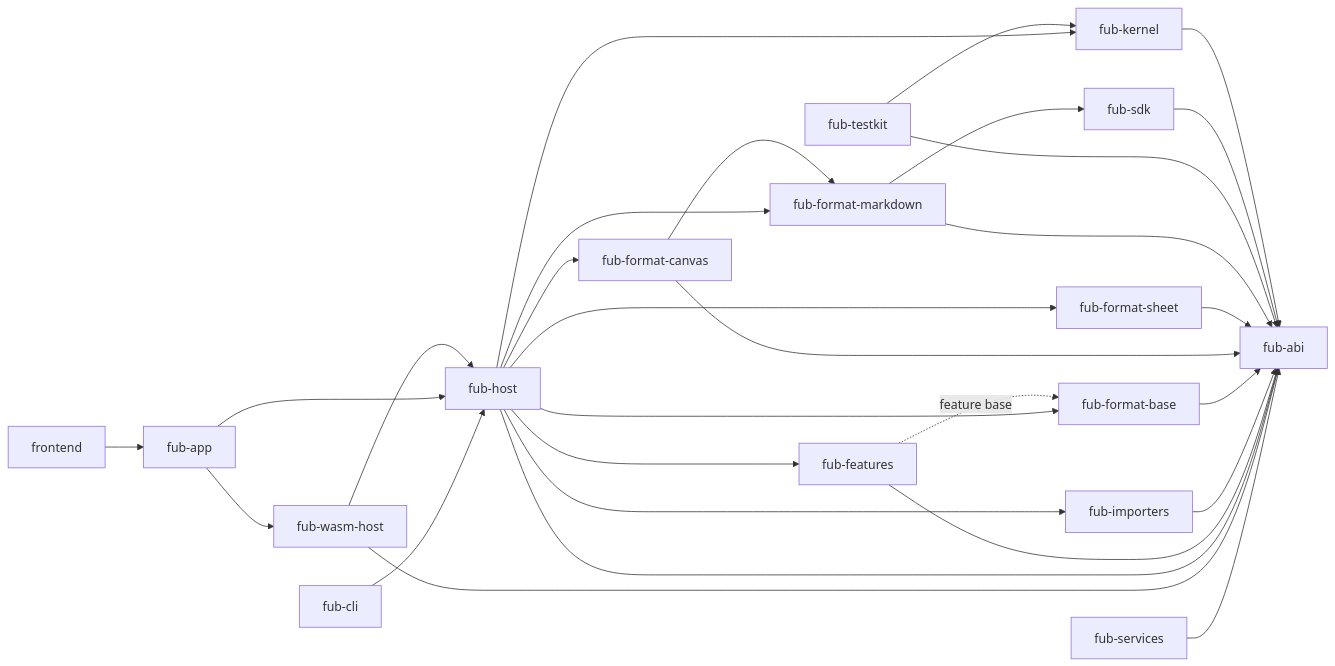
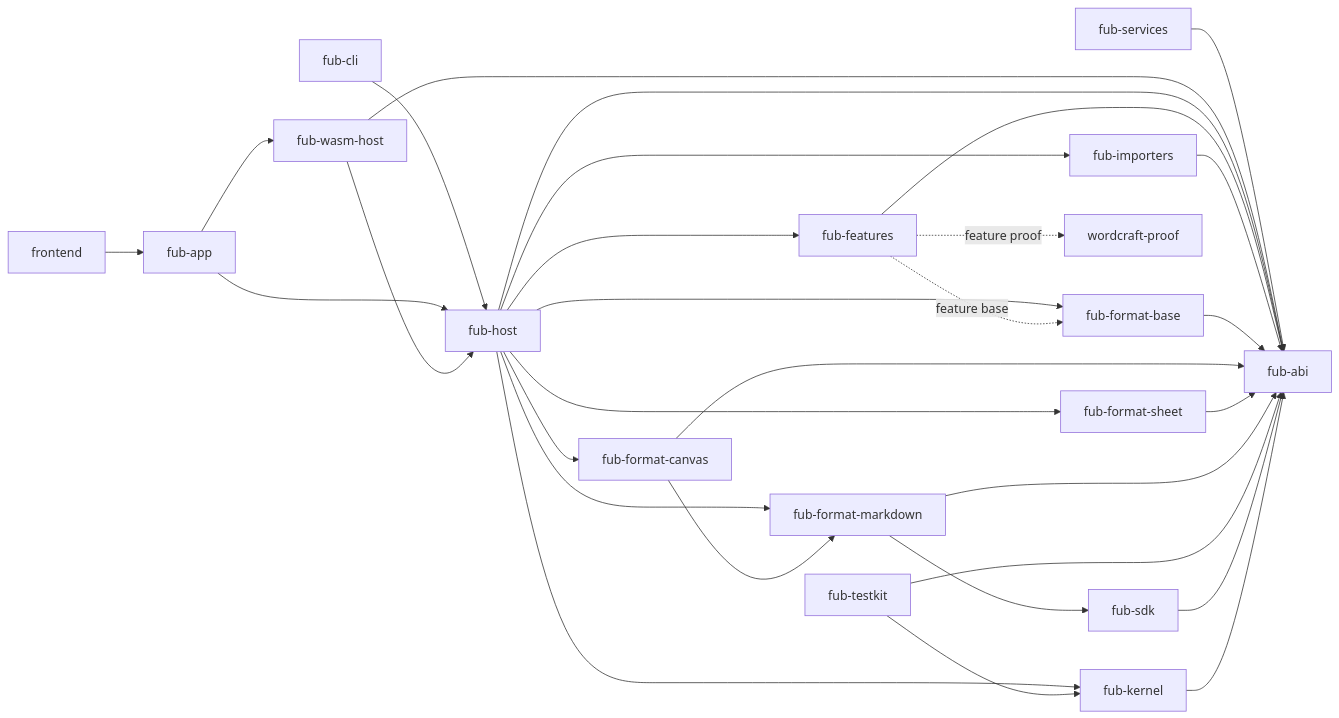
One commit to Fubeo/Fub changed the diagram in docs/architecture/components-and-boundaries.md. Above: the diagram before and after it, drawn with Mermaid. The commit also changed other lines of this file and 3 other files, not shown here.

````diff
--- a/docs/architecture/components-and-boundaries.md
+++ b/docs/architecture/components-and-boundaries.md
@@ -9,32 +9,34 @@
 ```mermaid
 flowchart LR
     ABI["fub-abi"]
     KERNEL["fub-kernel"] --> ABI
     SDK["fub-sdk"] --> ABI
     TESTKIT["fub-testkit"] --> KERNEL
     TESTKIT --> ABI
     MARKDOWN["fub-format-markdown"] --> ABI
     MARKDOWN --> SDK
     SHEET["fub-format-sheet"] --> ABI
     CANVAS["fub-format-canvas"] --> ABI
     CANVAS --> MARKDOWN
     BASE["fub-format-base"] --> ABI
     IMPORTERS["fub-importers"] --> ABI
     FEATURES["fub-features"] --> ABI
     FEATURES -. "feature base" .-> BASE
+    PROOF["wordcraft-proof"]
+    FEATURES -. "feature proof" .-> PROOF
     HOST["fub-host"] --> KERNEL
     HOST --> ABI
     HOST --> FEATURES
     HOST --> MARKDOWN
     HOST --> SHEET
     HOST --> CANVAS
     HOST --> BASE
     HOST --> IMPORTERS
     WASM["fub-wasm-host"] --> ABI
     WASM --> HOST
     APP["fub-app"] --> HOST
     APP --> WASM
     CLI["fub-cli"] --> HOST
     SERVICES["fub-services"] --> ABI
     FRONTEND["frontend"] --> APP
 ```
````
